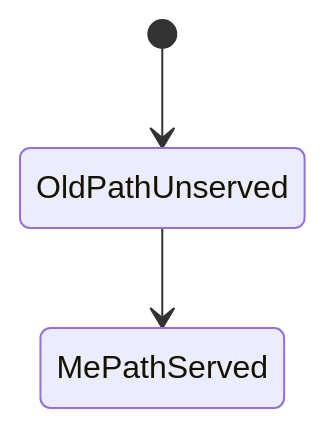
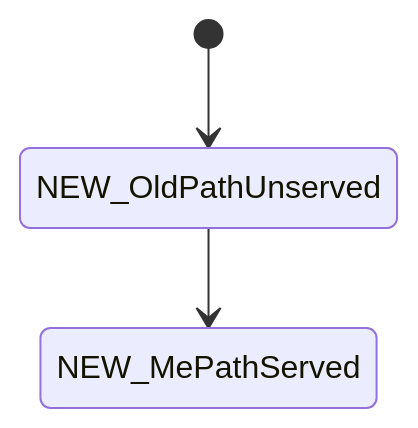
One commit to OpenDustpan/OpenDustpan changed the third of 4 diagrams in openspec/changes/move-caller-routes-api-server/design.md. Above: the diagram before and after it, drawn with Mermaid. The commit also changed other lines of this file and 69 other files, not shown here.

````diff
--- a/openspec/changes/move-caller-routes-api-server/design.md
+++ b/openspec/changes/move-caller-routes-api-server/design.md
@@ -45,5 +45,5 @@
 ```mermaid
 stateDiagram-v2
-  [*] --> OldPathUnserved
-  OldPathUnserved --> MePathServed
+  [*] --> NEW_OldPathUnserved
+  NEW_OldPathUnserved --> NEW_MePathServed
 ```
````
